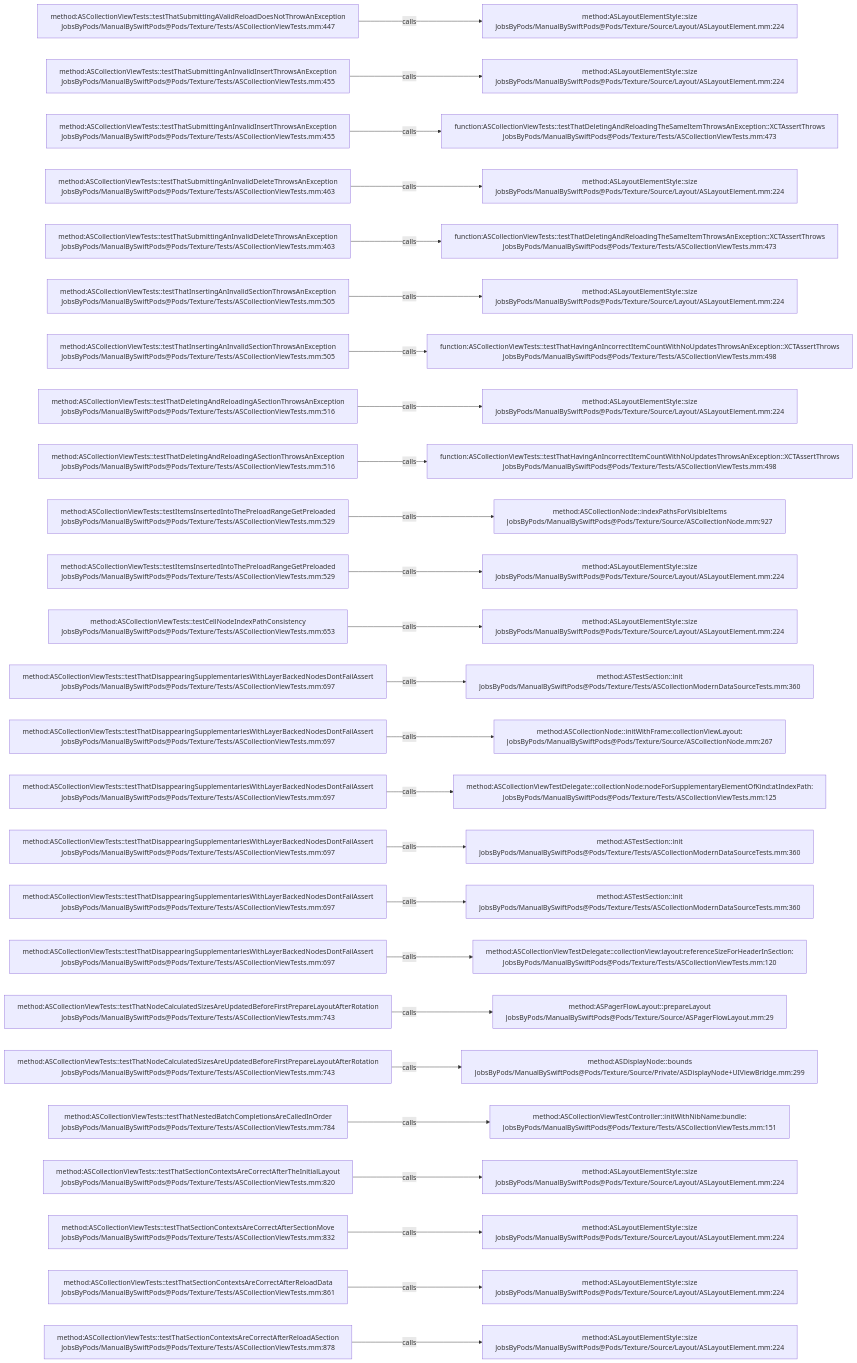
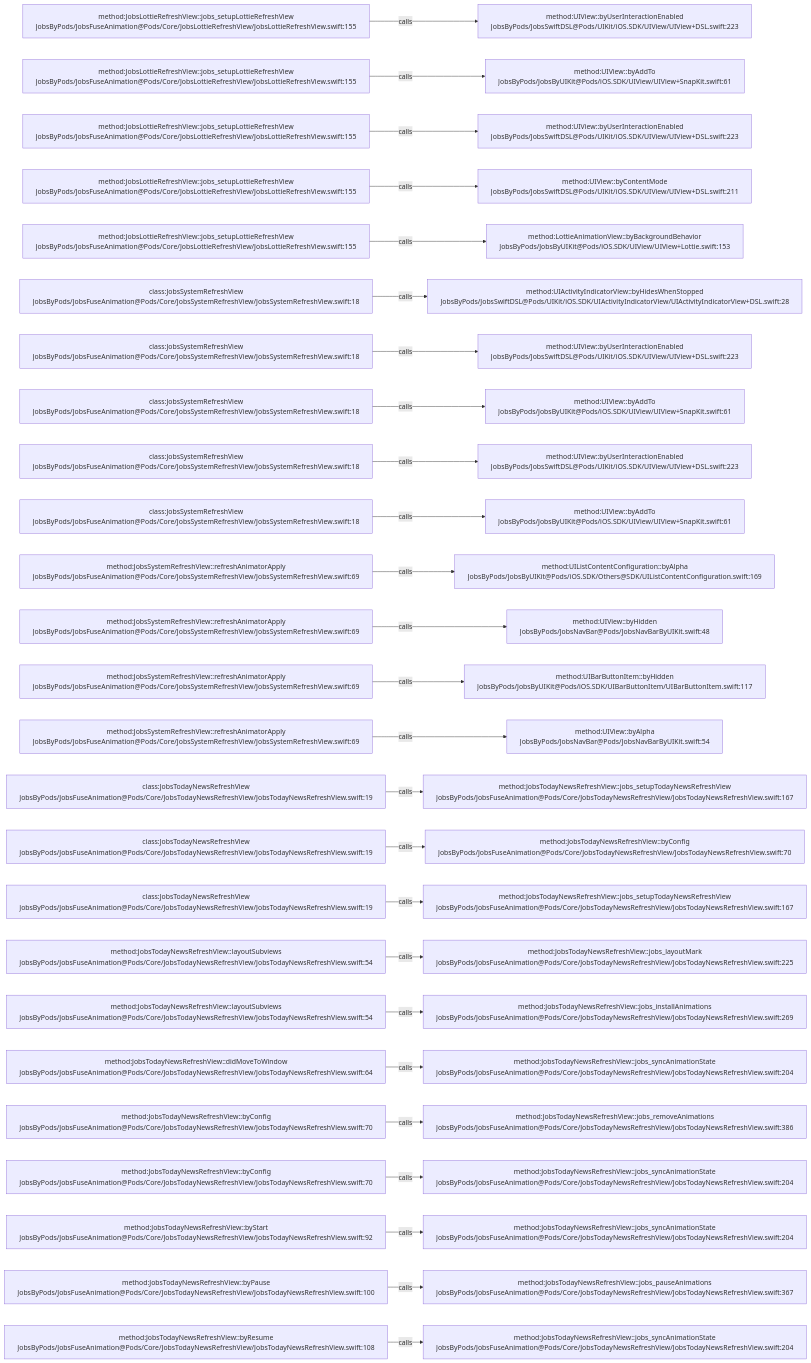
Before and after one commit to JobsKits/JobsSwiftBaseConfigDemo: the diagram in .codegraph/codegraph.md/graphs/calls-172.md, drawn with Mermaid. The commit also changed 224 other files, not shown here.

````diff
--- a/.codegraph/codegraph.md/graphs/calls-172.md
+++ b/.codegraph/codegraph.md/graphs/calls-172.md
@@ -13,78 +13,78 @@
 ```mermaid
 flowchart LR
-  S1["method:ASCollectionViewTests::testThatSubmittingAValidReloadDoesNotThrowAnException<br/>JobsByPods/ManualBySwiftPods@Pods/Texture/Tests/ASCollectionViewTests.mm:447"]
-  T1["method:ASLayoutElementStyle::size<br/>JobsByPods/ManualBySwiftPods@Pods/Texture/Source/Layout/ASLayoutElement.mm:224"]
+  S1["method:JobsLottieRefreshView::jobs_setupLottieRefreshView<br/>JobsByPods/JobsFuseAnimation@Pods/Core/JobsLottieRefreshView/JobsLottieRefreshView.swift:155"]
+  T1["method:UIView::byUserInteractionEnabled<br/>JobsByPods/JobsSwiftDSL@Pods/UIKit/iOS.SDK/UIView/UIView+DSL.swift:223"]
   S1 -->|calls| T1
-  S2["method:ASCollectionViewTests::testThatSubmittingAnInvalidInsertThrowsAnException<br/>JobsByPods/ManualBySwiftPods@Pods/Texture/Tests/ASCollectionViewTests.mm:455"]
-  T2["method:ASLayoutElementStyle::size<br/>JobsByPods/ManualBySwiftPods@Pods/Texture/Source/Layout/ASLayoutElement.mm:224"]
+  S2["method:JobsLottieRefreshView::jobs_setupLottieRefreshView<br/>JobsByPods/JobsFuseAnimation@Pods/Core/JobsLottieRefreshView/JobsLottieRefreshView.swift:155"]
+  T2["method:UIView::byAddTo<br/>JobsByPods/JobsByUIKit@Pods/iOS.SDK/UIView/UIView+SnapKit.swift:61"]
   S2 -->|calls| T2
-  S3["method:ASCollectionViewTests::testThatSubmittingAnInvalidInsertThrowsAnException<br/>JobsByPods/ManualBySwiftPods@Pods/Texture/Tests/ASCollectionViewTests.mm:455"]
-  T3["function:ASCollectionViewTests::testThatDeletingAndReloadingTheSameItemThrowsAnException::XCTAssertThrows<br/>JobsByPods/ManualBySwiftPods@Pods/Texture/Tests/ASCollectionViewTests.mm:473"]
+  S3["method:JobsLottieRefreshView::jobs_setupLottieRefreshView<br/>JobsByPods/JobsFuseAnimation@Pods/Core/JobsLottieRefreshView/JobsLottieRefreshView.swift:155"]
+  T3["method:UIView::byUserInteractionEnabled<br/>JobsByPods/JobsSwiftDSL@Pods/UIKit/iOS.SDK/UIView/UIView+DSL.swift:223"]
   S3 -->|calls| T3
-  S4["method:ASCollectionViewTests::testThatSubmittingAnInvalidDeleteThrowsAnException<br/>JobsByPods/ManualBySwiftPods@Pods/Texture/Tests/ASCollectionViewTests.mm:463"]
-  T4["method:ASLayoutElementStyle::size<br/>JobsByPods/ManualBySwiftPods@Pods/Texture/Source/Layout/ASLayoutElement.mm:224"]
+  S4["method:JobsLottieRefreshView::jobs_setupLottieRefreshView<br/>JobsByPods/JobsFuseAnimation@Pods/Core/JobsLottieRefreshView/JobsLottieRefreshView.swift:155"]
+  T4["method:UIView::byContentMode<br/>JobsByPods/JobsSwiftDSL@Pods/UIKit/iOS.SDK/UIView/UIView+DSL.swift:211"]
   S4 -->|calls| T4
-  S5["method:ASCollectionViewTests::testThatSubmittingAnInvalidDeleteThrowsAnException<br/>JobsByPods/ManualBySwiftPods@Pods/Texture/Tests/ASCollectionViewTests.mm:463"]
-  T5["function:ASCollectionViewTests::testThatDeletingAndReloadingTheSameItemThrowsAnException::XCTAssertThrows<br/>JobsByPods/ManualBySwiftPods@Pods/Texture/Tests/ASCollectionViewTests.mm:473"]
+  S5["method:JobsLottieRefreshView::jobs_setupLottieRefreshView<br/>JobsByPods/JobsFuseAnimation@Pods/Core/JobsLottieRefreshView/JobsLottieRefreshView.swift:155"]
+  T5["method:LottieAnimationView::byBackgroundBehavior<br/>JobsByPods/JobsByUIKit@Pods/iOS.SDK/UIView/UIView+Lottie.swift:153"]
   S5 -->|calls| T5
-  S6["method:ASCollectionViewTests::testThatInsertingAnInvalidSectionThrowsAnException<br/>JobsByPods/ManualBySwiftPods@Pods/Texture/Tests/ASCollectionViewTests.mm:505"]
-  T6["method:ASLayoutElementStyle::size<br/>JobsByPods/ManualBySwiftPods@Pods/Texture/Source/Layout/ASLayoutElement.mm:224"]
+  S6["class:JobsSystemRefreshView<br/>JobsByPods/JobsFuseAnimation@Pods/Core/JobsSystemRefreshView/JobsSystemRefreshView.swift:18"]
+  T6["method:UIActivityIndicatorView::byHidesWhenStopped<br/>JobsByPods/JobsSwiftDSL@Pods/UIKit/iOS.SDK/UIActivityIndicatorView/UIActivityIndicatorView+DSL.swift:28"]
   S6 -->|calls| T6
-  S7["method:ASCollectionViewTests::testThatInsertingAnInvalidSectionThrowsAnException<br/>JobsByPods/ManualBySwiftPods@Pods/Texture/Tests/ASCollectionViewTests.mm:505"]
-  T7["function:ASCollectionViewTests::testThatHavingAnIncorrectItemCountWithNoUpdatesThrowsAnException::XCTAssertThrows<br/>JobsByPods/ManualBySwiftPods@Pods/Texture/Tests/ASCollectionViewTests.mm:498"]
+  S7["class:JobsSystemRefreshView<br/>JobsByPods/JobsFuseAnimation@Pods/Core/JobsSystemRefreshView/JobsSystemRefreshView.swift:18"]
+  T7["method:UIView::byUserInteractionEnabled<br/>JobsByPods/JobsSwiftDSL@Pods/UIKit/iOS.SDK/UIView/UIView+DSL.swift:223"]
   S7 -->|calls| T7
-  S8["method:ASCollectionViewTests::testThatDeletingAndReloadingASectionThrowsAnException<br/>JobsByPods/ManualBySwiftPods@Pods/Texture/Tests/ASCollectionViewTests.mm:516"]
-  T8["method:ASLayoutElementStyle::size<br/>JobsByPods/ManualBySwiftPods@Pods/Texture/Source/Layout/ASLayoutElement.mm:224"]
+  S8["class:JobsSystemRefreshView<br/>JobsByPods/JobsFuseAnimation@Pods/Core/JobsSystemRefreshView/JobsSystemRefreshView.swift:18"]
+  T8["method:UIView::byAddTo<br/>JobsByPods/JobsByUIKit@Pods/iOS.SDK/UIView/UIView+SnapKit.swift:61"]
   S8 -->|calls| T8
-  S9["method:ASCollectionViewTests::testThatDeletingAndReloadingASectionThrowsAnException<br/>JobsByPods/ManualBySwiftPods@Pods/Texture/Tests/ASCollectionViewTests.mm:516"]
-  T9["function:ASCollectionViewTests::testThatHavingAnIncorrectItemCountWithNoUpdatesThrowsAnException::XCTAssertThrows<br/>JobsByPods/ManualBySwiftPods@Pods/Texture/Tests/ASCollectionViewTests.mm:498"]
+  S9["class:JobsSystemRefreshView<br/>JobsByPods/JobsFuseAnimation@Pods/Core/JobsSystemRefreshView/JobsSystemRefreshView.swift:18"]
+  T9["method:UIView::byUserInteractionEnabled<br/>JobsByPods/JobsSwiftDSL@Pods/UIKit/iOS.SDK/UIView/UIView+DSL.swift:223"]
   S9 -->|calls| T9
-  S10["method:ASCollectionViewTests::testItemsInsertedIntoThePreloadRangeGetPreloaded<br/>JobsByPods/ManualBySwiftPods@Pods/Texture/Tests/ASCollectionViewTests.mm:529"]
-  T10["method:ASCollectionNode::indexPathsForVisibleItems<br/>JobsByPods/ManualBySwiftPods@Pods/Texture/Source/ASCollectionNode.mm:927"]
+  S10["class:JobsSystemRefreshView<br/>JobsByPods/JobsFuseAnimation@Pods/Core/JobsSystemRefreshView/JobsSystemRefreshView.swift:18"]
+  T10["method:UIView::byAddTo<br/>JobsByPods/JobsByUIKit@Pods/iOS.SDK/UIView/UIView+SnapKit.swift:61"]
   S10 -->|calls| T10
-  S11["method:ASCollectionViewTests::testItemsInsertedIntoThePreloadRangeGetPreloaded<br/>JobsByPods/ManualBySwiftPods@Pods/Texture/Tests/ASCollectionViewTests.mm:529"]
-  T11["method:ASLayoutElementStyle::size<br/>JobsByPods/ManualBySwiftPods@Pods/Texture/Source/Layout/ASLayoutElement.mm:224"]
+  S11["method:JobsSystemRefreshView::refreshAnimatorApply<br/>JobsByPods/JobsFuseAnimation@Pods/Core/JobsSystemRefreshView/JobsSystemRefreshView.swift:69"]
+  T11["method:UIListContentConfiguration::byAlpha<br/>JobsByPods/JobsByUIKit@Pods/iOS.SDK/Others@SDK/UIListContentConfiguration.swift:169"]
   S11 -->|calls| T11
-  S12["method:ASCollectionViewTests::testCellNodeIndexPathConsistency<br/>JobsByPods/ManualBySwiftPods@Pods/Texture/Tests/ASCollectionViewTests.mm:653"]
-  T12["method:ASLayoutElementStyle::size<br/>JobsByPods/ManualBySwiftPods@Pods/Texture/Source/Layout/ASLayoutElement.mm:224"]
+  S12["method:JobsSystemRefreshView::refreshAnimatorApply<br/>JobsByPods/JobsFuseAnimation@Pods/Core/JobsSystemRefreshView/JobsSystemRefreshView.swift:69"]
+  T12["method:UIView::byHidden<br/>JobsByPods/JobsNavBar@Pods/JobsNavBarByUIKit.swift:48"]
   S12 -->|calls| T12
-  S13["method:ASCollectionViewTests::testThatDisappearingSupplementariesWithLayerBackedNodesDontFailAssert<br/>JobsByPods/ManualBySwiftPods@Pods/Texture/Tests/ASCollectionViewTests.mm:697"]
-  T13["method:ASTestSection::init<br/>JobsByPods/ManualBySwiftPods@Pods/Texture/Tests/ASCollectionModernDataSourceTests.mm:360"]
+  S13["method:JobsSystemRefreshView::refreshAnimatorApply<br/>JobsByPods/JobsFuseAnimation@Pods/Core/JobsSystemRefreshView/JobsSystemRefreshView.swift:69"]
+  T13["method:UIBarButtonItem::byHidden<br/>JobsByPods/JobsByUIKit@Pods/iOS.SDK/UIBarButtonItem/UIBarButtonItem.swift:117"]
   S13 -->|calls| T13
-  S14["method:ASCollectionViewTests::testThatDisappearingSupplementariesWithLayerBackedNodesDontFailAssert<br/>JobsByPods/ManualBySwiftPods@Pods/Texture/Tests/ASCollectionViewTests.mm:697"]
-  T14["method:ASCollectionNode::initWithFrame:collectionViewLayout:<br/>JobsByPods/ManualBySwiftPods@Pods/Texture/Source/ASCollectionNode.mm:267"]
+  S14["method:JobsSystemRefreshView::refreshAnimatorApply<br/>JobsByPods/JobsFuseAnimation@Pods/Core/JobsSystemRefreshView/JobsSystemRefreshView.swift:69"]
+  T14["method:UIView::byAlpha<br/>JobsByPods/JobsNavBar@Pods/JobsNavBarByUIKit.swift:54"]
   S14 -->|calls| T14
-  S15["method:ASCollectionViewTests::testThatDisappearingSupplementariesWithLayerBackedNodesDontFailAssert<br/>JobsByPods/ManualBySwiftPods@Pods/Texture/Tests/ASCollectionViewTests.mm:697"]
-  T15["method:ASCollectionViewTestDelegate::collectionNode:nodeForSupplementaryElementOfKind:atIndexPath:<br/>JobsByPods/ManualBySwiftPods@Pods/Texture/Tests/ASCollectionViewTests.mm:125"]
+  S15["class:JobsTodayNewsRefreshView<br/>JobsByPods/JobsFuseAnimation@Pods/Core/JobsTodayNewsRefreshView/JobsTodayNewsRefreshView.swift:19"]
+  T15["method:JobsTodayNewsRefreshView::jobs_setupTodayNewsRefreshView<br/>JobsByPods/JobsFuseAnimation@Pods/Core/JobsTodayNewsRefreshView/JobsTodayNewsRefreshView.swift:167"]
   S15 -->|calls| T15
-  S16["method:ASCollectionViewTests::testThatDisappearingSupplementariesWithLayerBackedNodesDontFailAssert<br/>JobsByPods/ManualBySwiftPods@Pods/Texture/Tests/ASCollectionViewTests.mm:697"]
-  T16["method:ASTestSection::init<br/>JobsByPods/ManualBySwiftPods@Pods/Texture/Tests/ASCollectionModernDataSourceTests.mm:360"]
+  S16["class:JobsTodayNewsRefreshView<br/>JobsByPods/JobsFuseAnimation@Pods/Core/JobsTodayNewsRefreshView/JobsTodayNewsRefreshView.swift:19"]
+  T16["method:JobsTodayNewsRefreshView::byConfig<br/>JobsByPods/JobsFuseAnimation@Pods/Core/JobsTodayNewsRefreshView/JobsTodayNewsRefreshView.swift:70"]
   S16 -->|calls| T16
-  S17["method:ASCollectionViewTests::testThatDisappearingSupplementariesWithLayerBackedNodesDontFailAssert<br/>JobsByPods/ManualBySwiftPods@Pods/Texture/Tests/ASCollectionViewTests.mm:697"]
-  T17["method:ASTestSection::init<br/>JobsByPods/ManualBySwiftPods@Pods/Texture/Tests/ASCollectionModernDataSourceTests.mm:360"]
+  S17["class:JobsTodayNewsRefreshView<br/>JobsByPods/JobsFuseAnimation@Pods/Core/JobsTodayNewsRefreshView/JobsTodayNewsRefreshView.swift:19"]
+  T17["method:JobsTodayNewsRefreshView::jobs_setupTodayNewsRefreshView<br/>JobsByPods/JobsFuseAnimation@Pods/Core/JobsTodayNewsRefreshView/JobsTodayNewsRefreshView.swift:167"]
   S17 -->|calls| T17
-  S18["method:ASCollectionViewTests::testThatDisappearingSupplementariesWithLayerBackedNodesDontFailAssert<br/>JobsByPods/ManualBySwiftPods@Pods/Texture/Tests/ASCollectionViewTests.mm:697"]
-  T18["method:ASCollectionViewTestDelegate::collectionView:layout:referenceSizeForHeaderInSection:<br/>JobsByPods/ManualBySwiftPods@Pods/Texture/Tests/ASCollectionViewTests.mm:120"]
+  S18["method:JobsTodayNewsRefreshView::layoutSubviews<br/>JobsByPods/JobsFuseAnimation@Pods/Core/JobsTodayNewsRefreshView/JobsTodayNewsRefreshView.swift:54"]
+  T18["method:JobsTodayNewsRefreshView::jobs_layoutMark<br/>JobsByPods/JobsFuseAnimation@Pods/Core/JobsTodayNewsRefreshView/JobsTodayNewsRefreshView.swift:225"]
   S18 -->|calls| T18
-  S19["method:ASCollectionViewTests::testThatNodeCalculatedSizesAreUpdatedBeforeFirstPrepareLayoutAfterRotation<br/>JobsByPods/ManualBySwiftPods@Pods/Texture/Tests/ASCollectionViewTests.mm:743"]
-  T19["method:ASPagerFlowLayout::prepareLayout<br/>JobsByPods/ManualBySwiftPods@Pods/Texture/Source/ASPagerFlowLayout.mm:29"]
+  S19["method:JobsTodayNewsRefreshView::layoutSubviews<br/>JobsByPods/JobsFuseAnimation@Pods/Core/JobsTodayNewsRefreshView/JobsTodayNewsRefreshView.swift:54"]
+  T19["method:JobsTodayNewsRefreshView::jobs_installAnimations<br/>JobsByPods/JobsFuseAnimation@Pods/Core/JobsTodayNewsRefreshView/JobsTodayNewsRefreshView.swift:269"]
   S19 -->|calls| T19
-  S20["method:ASCollectionViewTests::testThatNodeCalculatedSizesAreUpdatedBeforeFirstPrepareLayoutAfterRotation<br/>JobsByPods/ManualBySwiftPods@Pods/Texture/Tests/ASCollectionViewTests.mm:743"]
-  T20["method:ASDisplayNode::bounds<br/>JobsByPods/ManualBySwiftPods@Pods/Texture/Source/Private/ASDisplayNode+UIViewBridge.mm:299"]
+  S20["method:JobsTodayNewsRefreshView::didMoveToWindow<br/>JobsByPods/JobsFuseAnimation@Pods/Core/JobsTodayNewsRefreshView/JobsTodayNewsRefreshView.swift:64"]
+  T20["method:JobsTodayNewsRefreshView::jobs_syncAnimationState<br/>JobsByPods/JobsFuseAnimation@Pods/Core/JobsTodayNewsRefreshView/JobsTodayNewsRefreshView.swift:204"]
   S20 -->|calls| T20
-  S21["method:ASCollectionViewTests::testThatNestedBatchCompletionsAreCalledInOrder<br/>JobsByPods/ManualBySwiftPods@Pods/Texture/Tests/ASCollectionViewTests.mm:784"]
-  T21["method:ASCollectionViewTestController::initWithNibName:bundle:<br/>JobsByPods/ManualBySwiftPods@Pods/Texture/Tests/ASCollectionViewTests.mm:151"]
+  S21["method:JobsTodayNewsRefreshView::byConfig<br/>JobsByPods/JobsFuseAnimation@Pods/Core/JobsTodayNewsRefreshView/JobsTodayNewsRefreshView.swift:70"]
+  T21["method:JobsTodayNewsRefreshView::jobs_removeAnimations<br/>JobsByPods/JobsFuseAnimation@Pods/Core/JobsTodayNewsRefreshView/JobsTodayNewsRefreshView.swift:386"]
   S21 -->|calls| T21
-  S22["method:ASCollectionViewTests::testThatSectionContextsAreCorrectAfterTheInitialLayout<br/>JobsByPods/ManualBySwiftPods@Pods/Texture/Tests/ASCollectionViewTests.mm:820"]
-  T22["method:ASLayoutElementStyle::size<br/>JobsByPods/ManualBySwiftPods@Pods/Texture/Source/Layout/ASLayoutElement.mm:224"]
+  S22["method:JobsTodayNewsRefreshView::byConfig<br/>JobsByPods/JobsFuseAnimation@Pods/Core/JobsTodayNewsRefreshView/JobsTodayNewsRefreshView.swift:70"]
+  T22["method:JobsTodayNewsRefreshView::jobs_syncAnimationState<br/>JobsByPods/JobsFuseAnimation@Pods/Core/JobsTodayNewsRefreshView/JobsTodayNewsRefreshView.swift:204"]
   S22 -->|calls| T22
-  S23["method:ASCollectionViewTests::testThatSectionContextsAreCorrectAfterSectionMove<br/>JobsByPods/ManualBySwiftPods@Pods/Texture/Tests/ASCollectionViewTests.mm:832"]
-  T23["method:ASLayoutElementStyle::size<br/>JobsByPods/ManualBySwiftPods@Pods/Texture/Source/Layout/ASLayoutElement.mm:224"]
+  S23["method:JobsTodayNewsRefreshView::byStart<br/>JobsByPods/JobsFuseAnimation@Pods/Core/JobsTodayNewsRefreshView/JobsTodayNewsRefreshView.swift:92"]
+  T23["method:JobsTodayNewsRefreshView::jobs_syncAnimationState<br/>JobsByPods/JobsFuseAnimation@Pods/Core/JobsTodayNewsRefreshView/JobsTodayNewsRefreshView.swift:204"]
   S23 -->|calls| T23
-  S24["method:ASCollectionViewTests::testThatSectionContextsAreCorrectAfterReloadData<br/>JobsByPods/ManualBySwiftPods@Pods/Texture/Tests/ASCollectionViewTests.mm:861"]
-  T24["method:ASLayoutElementStyle::size<br/>JobsByPods/ManualBySwiftPods@Pods/Texture/Source/Layout/ASLayoutElement.mm:224"]
+  S24["method:JobsTodayNewsRefreshView::byPause<br/>JobsByPods/JobsFuseAnimation@Pods/Core/JobsTodayNewsRefreshView/JobsTodayNewsRefreshView.swift:100"]
+  T24["method:JobsTodayNewsRefreshView::jobs_pauseAnimations<br/>JobsByPods/JobsFuseAnimation@Pods/Core/JobsTodayNewsRefreshView/JobsTodayNewsRefreshView.swift:367"]
   S24 -->|calls| T24
-  S25["method:ASCollectionViewTests::testThatSectionContextsAreCorrectAfterReloadASection<br/>JobsByPods/ManualBySwiftPods@Pods/Texture/Tests/ASCollectionViewTests.mm:878"]
-  T25["method:ASLayoutElementStyle::size<br/>JobsByPods/ManualBySwiftPods@Pods/Texture/Source/Layout/ASLayoutElement.mm:224"]
+  S25["method:JobsTodayNewsRefreshView::byResume<br/>JobsByPods/JobsFuseAnimation@Pods/Core/JobsTodayNewsRefreshView/JobsTodayNewsRefreshView.swift:108"]
+  T25["method:JobsTodayNewsRefreshView::jobs_syncAnimationState<br/>JobsByPods/JobsFuseAnimation@Pods/Core/JobsTodayNewsRefreshView/JobsTodayNewsRefreshView.swift:204"]
   S25 -->|calls| T25
 ```
````
